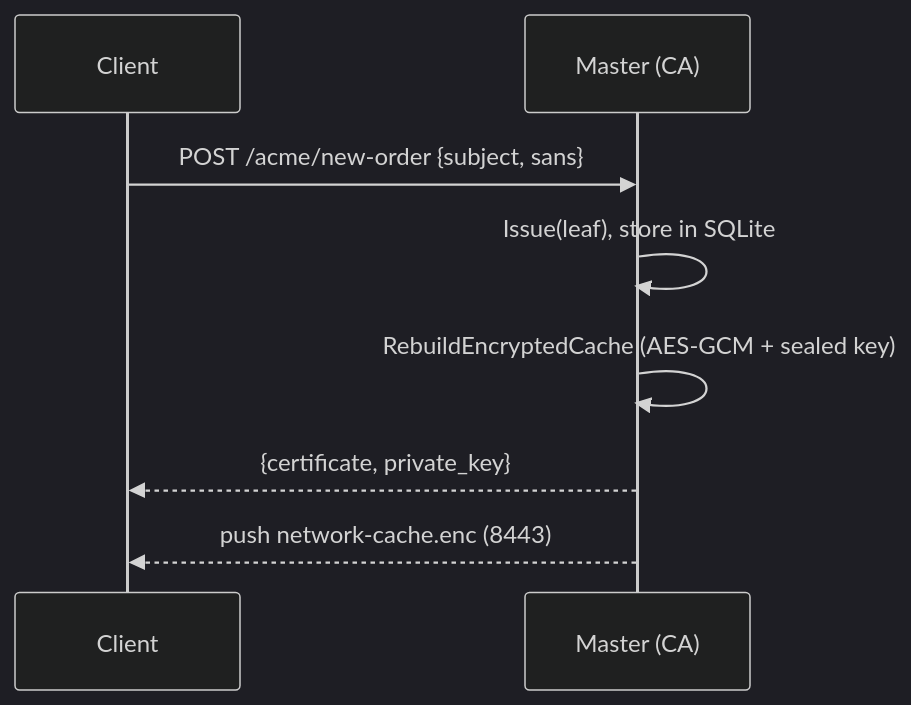
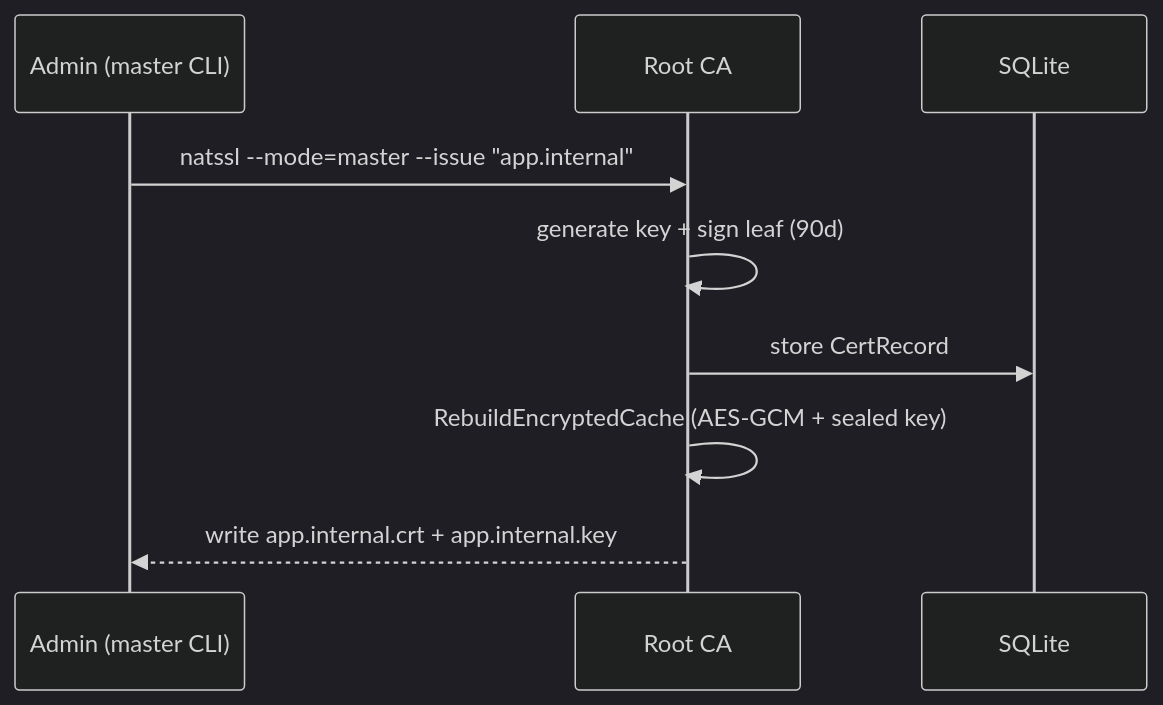
Before and after one commit to iskyneon/natssl: the first of 4 diagrams in docs/DEPLOYMENT.md, drawn with Mermaid (dark theme). The commit also changed other lines of this file and 4 other files, not shown here.

````diff
--- a/docs/DEPLOYMENT.md
+++ b/docs/DEPLOYMENT.md
@@ -82,10 +114,11 @@
 ```mermaid
 sequenceDiagram
-    participant C as Client
-    participant M as Master (CA)
-    C->>M: POST /acme/new-order {subject, sans}
-    M->>M: Issue(leaf), store in SQLite
-    M->>M: RebuildEncryptedCache (AES-GCM + sealed key)
-    M-->>C: {certificate, private_key}
-    M-->>C: push network-cache.enc (8443)
+    participant A as Admin (master CLI)
+    participant CA as Root CA
+    participant DB as SQLite
+    A->>CA: natssl --mode=master --issue "app.internal"
+    CA->>CA: generate key + sign leaf (90d)
+    CA->>DB: store CertRecord
+    CA->>CA: RebuildEncryptedCache (AES-GCM + sealed key)
+    CA-->>A: write app.internal.crt + app.internal.key
 ```
````
